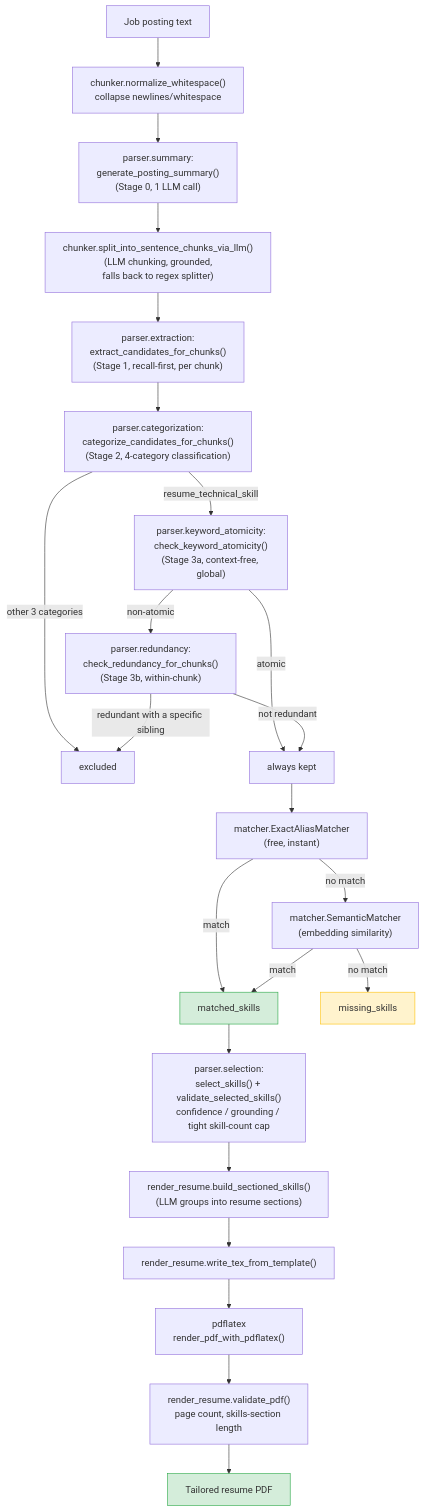
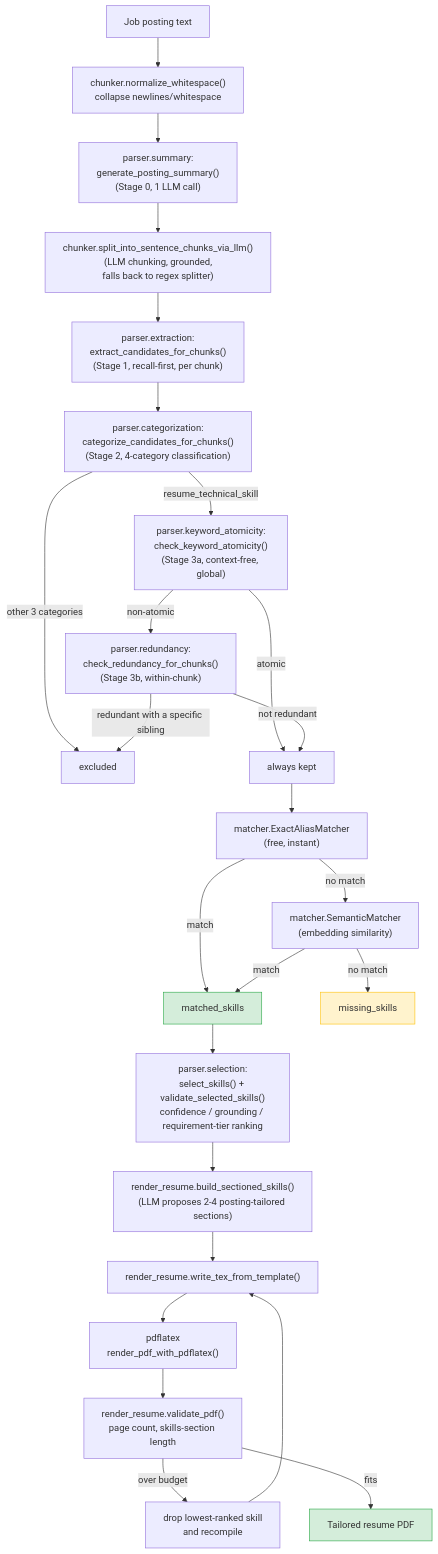
The diagram in README.md (e1444/resumeopt), drawn with Mermaid before and after one commit. The commit also changed other lines of this file and 25 other files, not shown here.

````diff
--- a/README.md
+++ b/README.md
@@ -24,29 +24,31 @@
 ```mermaid
 flowchart TD
     A[Job posting text] --> B["chunker.normalize_whitespace()\ncollapse newlines/whitespace"]
     B --> S0["parser.summary:\ngenerate_posting_summary()\n(Stage 0, 1 LLM call)"]
     S0 --> C["chunker.split_into_sentence_chunks_via_llm()\n(LLM chunking, grounded,\nfalls back to regex splitter)"]
     C --> D["parser.extraction:\nextract_candidates_for_chunks()\n(Stage 1, recall-first, per chunk)"]
     D --> E["parser.categorization:\ncategorize_candidates_for_chunks()\n(Stage 2, 4-category classification)"]
     E -- resume_technical_skill --> F1["parser.keyword_atomicity:\ncheck_keyword_atomicity()\n(Stage 3a, context-free, global)"]
     E -- other 3 categories --> EXC[excluded]
     F1 -- atomic --> G[always kept]
     F1 -- non-atomic --> F2["parser.redundancy:\ncheck_redundancy_for_chunks()\n(Stage 3b, within-chunk)"]
     F2 -- redundant with a specific sibling --> EXC
     F2 -- not redundant --> G
     G --> H["matcher.ExactAliasMatcher\n(free, instant)"]
     H -- no match --> I["matcher.SemanticMatcher\n(embedding similarity)"]
     H -- match --> J[matched_skills]
     I -- match --> J
     I -- no match --> K[missing_skills]
-    J --> L["parser.selection:\nselect_skills() + validate_selected_skills()\nconfidence / grounding / tight skill-count cap"]
-    L --> M["render_resume.build_sectioned_skills()\n(LLM groups into resume sections)"]
+    J --> L["parser.selection:\nselect_skills() + validate_selected_skills()\nconfidence / grounding / requirement-tier ranking"]
+    L --> M["render_resume.build_sectioned_skills()\n(LLM proposes 2-4 posting-tailored sections)"]
     M --> N["render_resume.write_tex_from_template()"]
     N --> O["pdflatex\nrender_pdf_with_pdflatex()"]
     O --> P["render_resume.validate_pdf()\npage count, skills-section length"]
-    P --> Q[Tailored resume PDF]
+    P -- over budget --> T[drop lowest-ranked skill\nand recompile]
+    T --> N
+    P -- fits --> Q[Tailored resume PDF]
 
     style J fill:#d4edda,stroke:#28a745
     style K fill:#fff3cd,stroke:#ffc107
     style Q fill:#d4edda,stroke:#28a745
 ```
````
